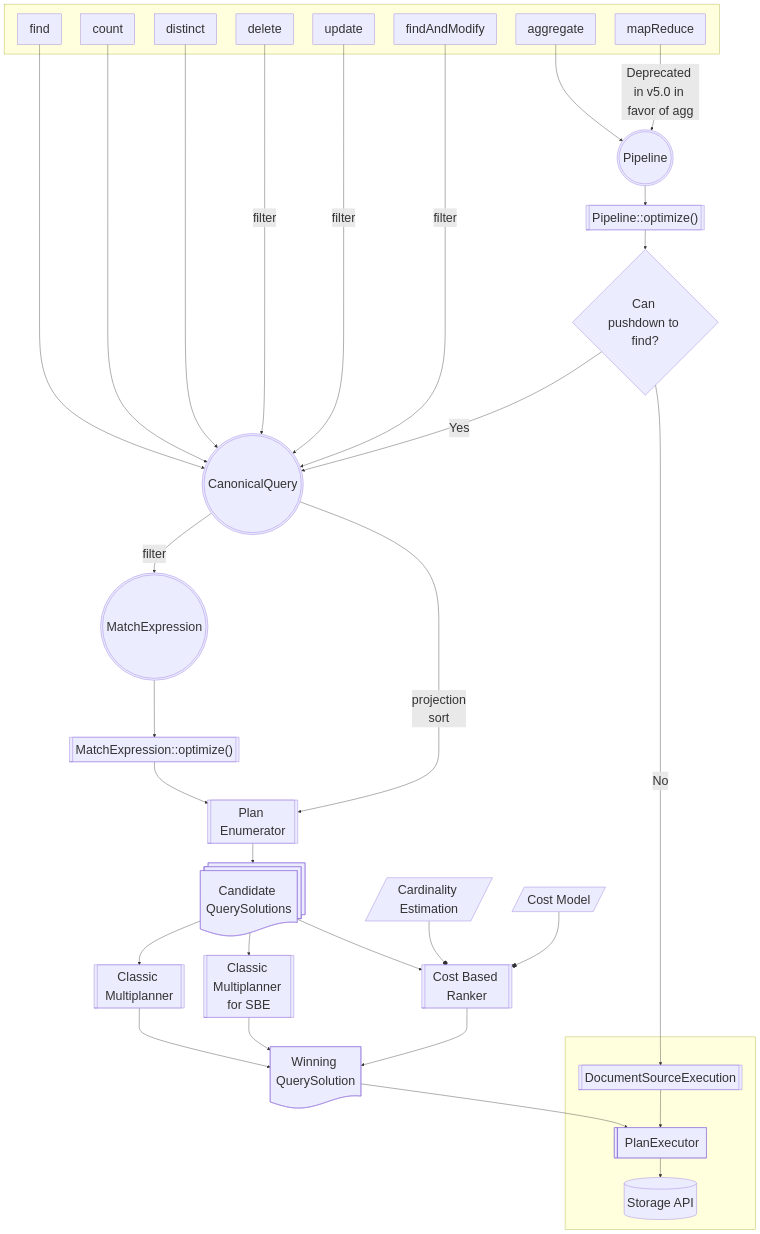
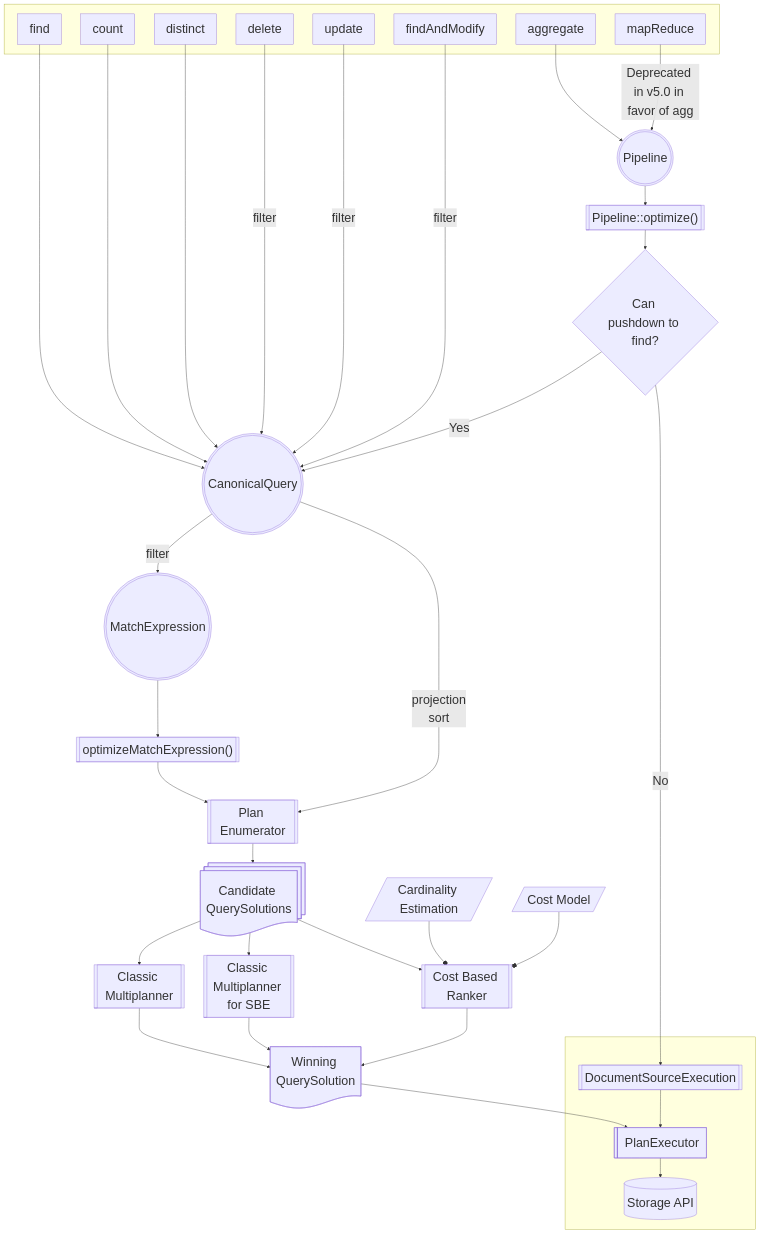
Before and after one commit to mongodb/mongo: the diagram in src/mongo/db/query/README_QO.md, drawn with Mermaid. The commit also changed 94 other files, not shown here.

````diff
--- a/src/mongo/db/query/README_QO.md
+++ b/src/mongo/db/query/README_QO.md
@@ -27,65 +27,65 @@
 ```mermaid
 ---
 config:
   themeVariables:
     fontSize: 32px
 ---
 flowchart TD
  subgraph Client[" "]
         mr["mapReduce"]
         agg["aggregate"]
         find["find"]
         count["count"]
         dist["distinct"]
         del["delete"]
         update["update"]
         fam["findAndModify"]
   end
  subgraph s1[" "]
         D1["DocumentSourceExecution"]
         D2["PlanExecutor"]
         D3["Storage API"]
   end
     find --> cq["CanonicalQuery"]
     count --> cq
     dist --> cq
     cq -- filter --> me["MatchExpression"]
     del -- filter --> cq
     update -- filter --> cq
     fam -- filter --> cq
-    me --> C1["MatchExpression::optimize()"]
+    me --> C1["optimizeMatchExpression()"]
     C1 --> C3["Plan Enumerator"]
     C3 --> n2["Candidate QuerySolutions"]
     n2 --> C4["Classic Multiplanner"] & C5["Classic Multiplanner for SBE"] & C6["Cost Based Ranker"]
     C7["Cardinality Estimation"] --o C6
     C8["Cost Model"] --o C6
     C4 --> C12["Winning QuerySolution"]
     C5 --> C12
     C6 --> C12
     C11{"Can pushdown to find?"} -- Yes --> cq
     C12 --> D2
     C11 -- No --> D1
     D1 --> D2
     D2 --> D3
     n1["Pipeline::optimize()"] --> C11
     agg --> B1["Pipeline"]
     mr -- "Deprecated in v5.0 in favor of agg" --> B1
     cq -- projection<br>sort --> C3
     B1 --> n1
     D1@{ shape: subproc}
     D2@{ shape: lin-rect}
     D3@{ shape: cyl}
     cq@{ shape: dbl-circ}
     me@{ shape: dbl-circ}
     C1@{ shape: subproc}
     C3@{ shape: subproc}
     n2@{ shape: docs}
     C4@{ shape: subproc}
     C5@{ shape: subproc}
     C6@{ shape: subproc}
     C7@{ shape: lean-r}
     C8@{ shape: lean-r}
     C12@{ shape: doc}
     n1@{ shape: subproc}
     B1@{ shape: dbl-circ}
 ```
````
